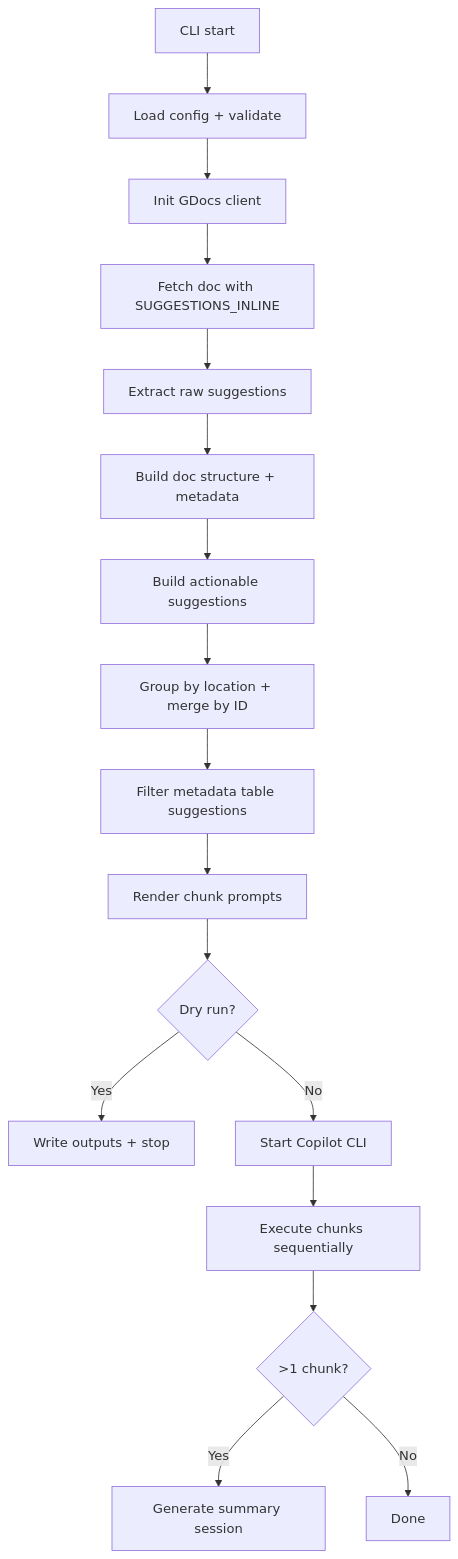
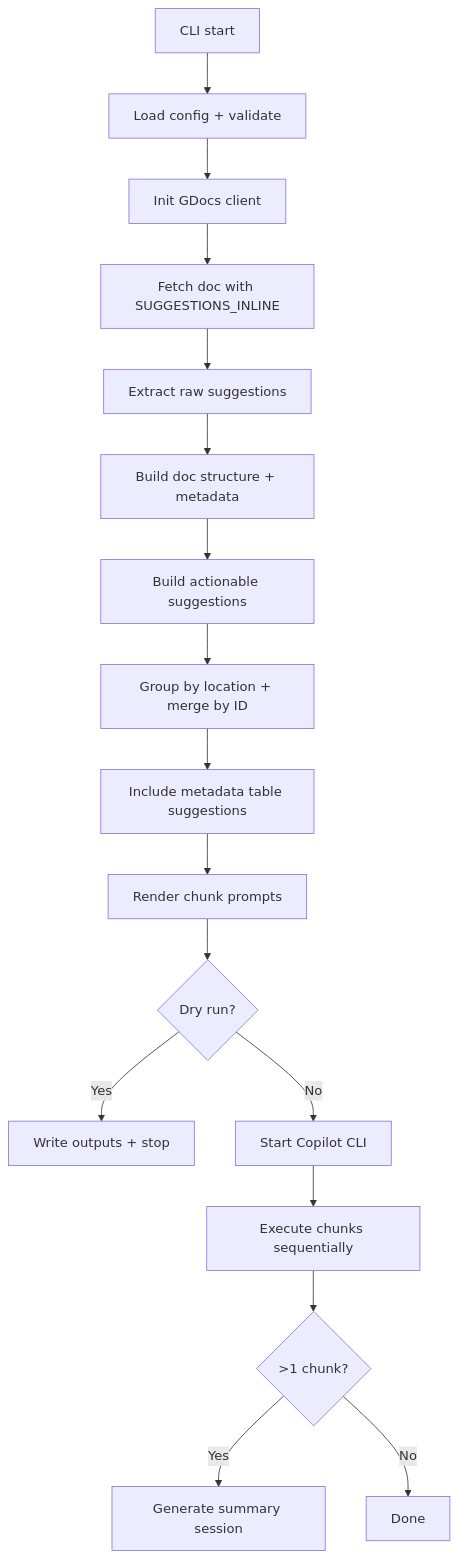
One commit to panasheMuriro/Bauer changed the diagram in docs/ARCHITECTURE.md. Above: the diagram before and after it, drawn with Mermaid. The commit also changed other lines of this file and 6 other files, not shown here.

````diff
--- a/docs/ARCHITECTURE.md
+++ b/docs/ARCHITECTURE.md
@@ -21,19 +21,19 @@
 ```mermaid
 flowchart TD
     A[CLI start] --> B[Load config + validate]
     B --> C[Init GDocs client]
     C --> D[Fetch doc with SUGGESTIONS_INLINE]
     D --> E[Extract raw suggestions]
     E --> F[Build doc structure + metadata]
     F --> G[Build actionable suggestions]
     G --> H[Group by location + merge by ID]
-    H --> I[Filter metadata table suggestions]
+    H --> I[Include metadata table suggestions]
     I --> J[Render chunk prompts]
     J --> K{Dry run?}
     K -- Yes --> L[Write outputs + stop]
     K -- No --> M[Start Copilot CLI]
     M --> N[Execute chunks sequentially]
     N --> O{>1 chunk?}
     O -- Yes --> P[Generate summary session]
     O -- No --> Q[Done]
 ```
````
